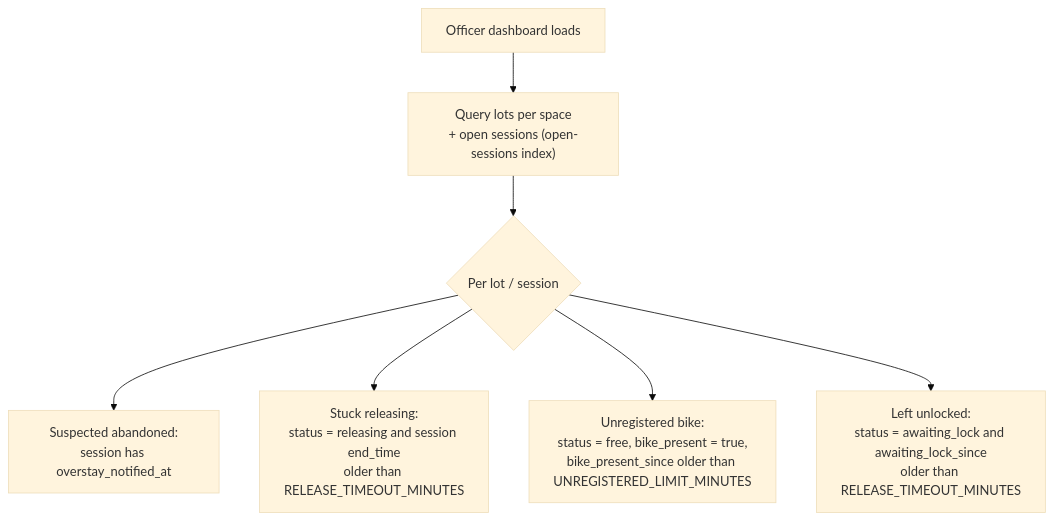
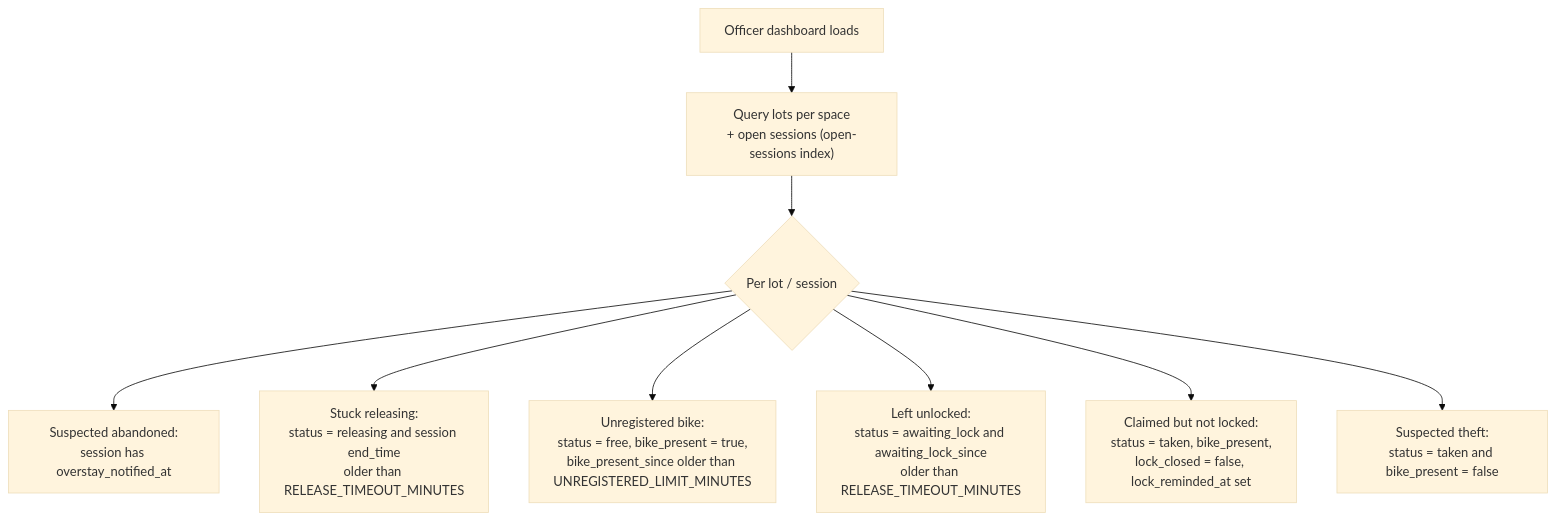
Before and after one commit to realestzeyu/smart-bike-parking: the fifth of 8 diagrams in docs/cloud-logic.md, drawn with Mermaid (base theme). The commit also changed other lines of this file and 10 other files, not shown here.

````diff
--- a/docs/cloud-logic.md
+++ b/docs/cloud-logic.md
@@ -121,9 +132,11 @@
 ```mermaid
 flowchart TD
     A["Officer dashboard loads"] --> B["Query lots per space<br/>+ open sessions (open-sessions index)"]
     B --> C{"Per lot / session"}
     C --> D["Suspected abandoned:<br/>session has overstay_notified_at"]
     C --> E["Stuck releasing:<br/>status = releasing and session end_time<br/>older than RELEASE_TIMEOUT_MINUTES"]
     C --> F["Unregistered bike:<br/>status = free, bike_present = true,<br/>bike_present_since older than UNREGISTERED_LIMIT_MINUTES"]
     C --> G["Left unlocked:<br/>status = awaiting_lock and awaiting_lock_since<br/>older than RELEASE_TIMEOUT_MINUTES"]
+    C --> H["Claimed but not locked:<br/>status = taken, bike_present,<br/>lock_closed = false, lock_reminded_at set"]
+    C --> I["Suspected theft:<br/>status = taken and bike_present = false"]
 ```
````
